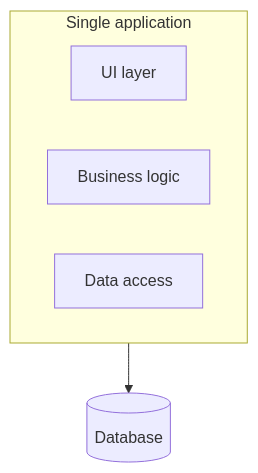
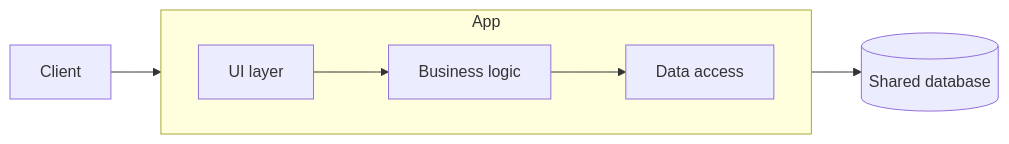
One commit to hareramcse/SystemDesign changed the first of 22 diagrams in 08-microservices/README.md. Above: the diagram before and after it, drawn with Mermaid. The commit also changed other lines of this file and 14 other files, not shown here.

````diff
--- a/08-microservices/README.md
+++ b/08-microservices/README.md
@@ -180,9 +70,9 @@
 ```mermaid
-flowchart TB
-    subgraph App[Single application]
-        UI[UI layer]
-        BL[Business logic]
-        DA[Data access]
+flowchart LR
+    Client[Client] --> App[Single application]
+    subgraph App
+        direction LR
+        UI[UI layer] --> BL[Business logic] --> DA[Data access]
     end
-    App --> DB[(Database)]
+    DA --> DB[(Shared database)]
 ```
````
